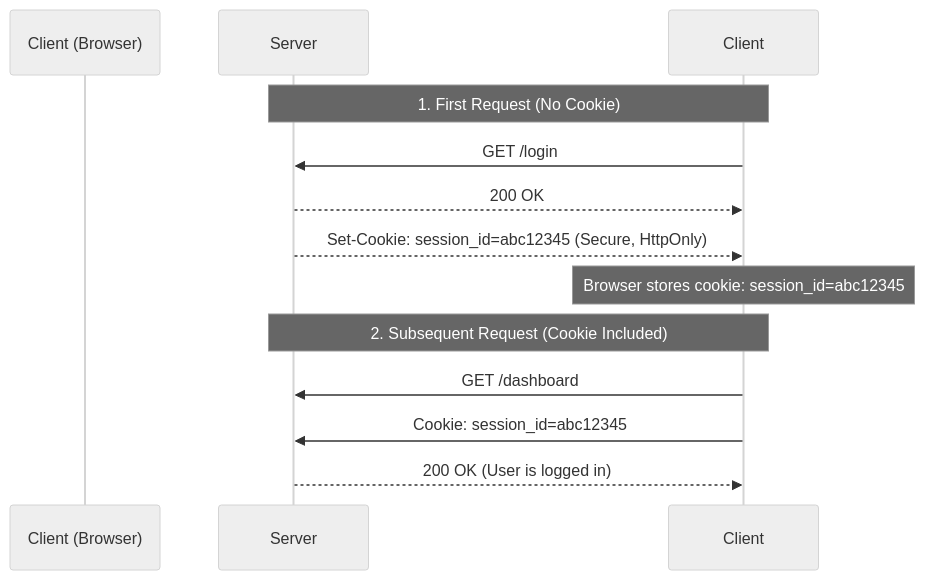
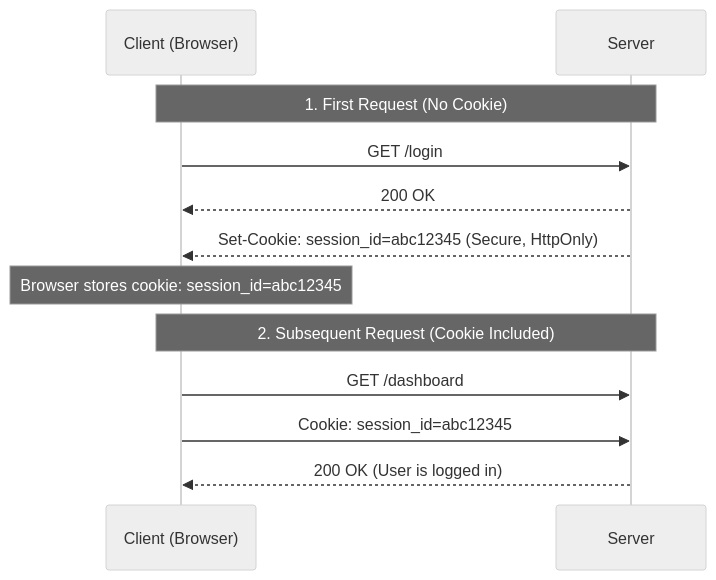
The diagram in HTTP_COOKIES_MASTERCLASS.md (cloudbackenddev/rest-api-spec-fundamentals), drawn with Mermaid (neutral theme) before and after one commit. The commit also changed other lines of this file, not shown here.

````diff
--- a/HTTP_COOKIES_MASTERCLASS.md
+++ b/HTTP_COOKIES_MASTERCLASS.md
@@ -20,17 +20,17 @@
 ```mermaid
 sequenceDiagram
-    participant Client (Browser)
+    participant Browser as Client (Browser)
     participant Server
 
-    Note over Client, Server: 1. First Request (No Cookie)
-    Client->>Server: GET /login
-    Server-->>Client: 200 OK
-    Server-->>Client: Set-Cookie: session_id=abc12345 (Secure, HttpOnly)
+    Note over Browser, Server: 1. First Request (No Cookie)
+    Browser->>Server: GET /login
+    Server-->>Browser: 200 OK
+    Server-->>Browser: Set-Cookie: session_id=abc12345 (Secure, HttpOnly)
 
-    Note over Client: Browser stores cookie: session_id=abc12345
+    Note over Browser: Browser stores cookie: session_id=abc12345
 
-    Note over Client, Server: 2. Subsequent Request (Cookie Included)
-    Client->>Server: GET /dashboard
-    Client->>Server: Cookie: session_id=abc12345
-    Server-->>Client: 200 OK (User is logged in)
+    Note over Browser, Server: 2. Subsequent Request (Cookie Included)
+    Browser->>Server: GET /dashboard
+    Browser->>Server: Cookie: session_id=abc12345
+    Server-->>Browser: 200 OK (User is logged in)
 ```
````
